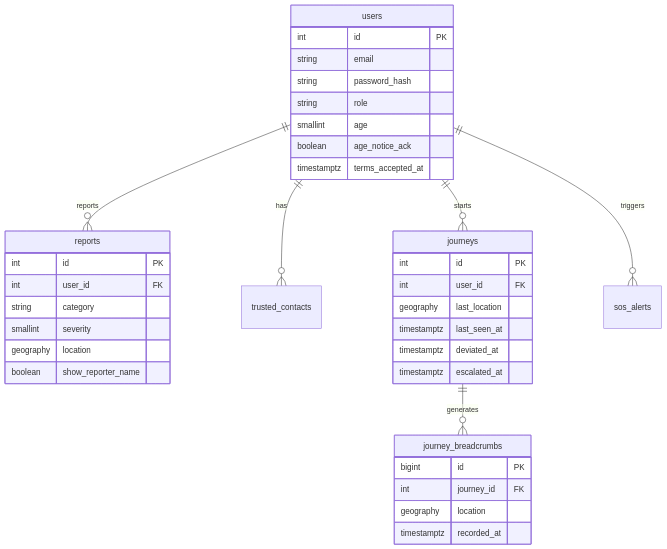
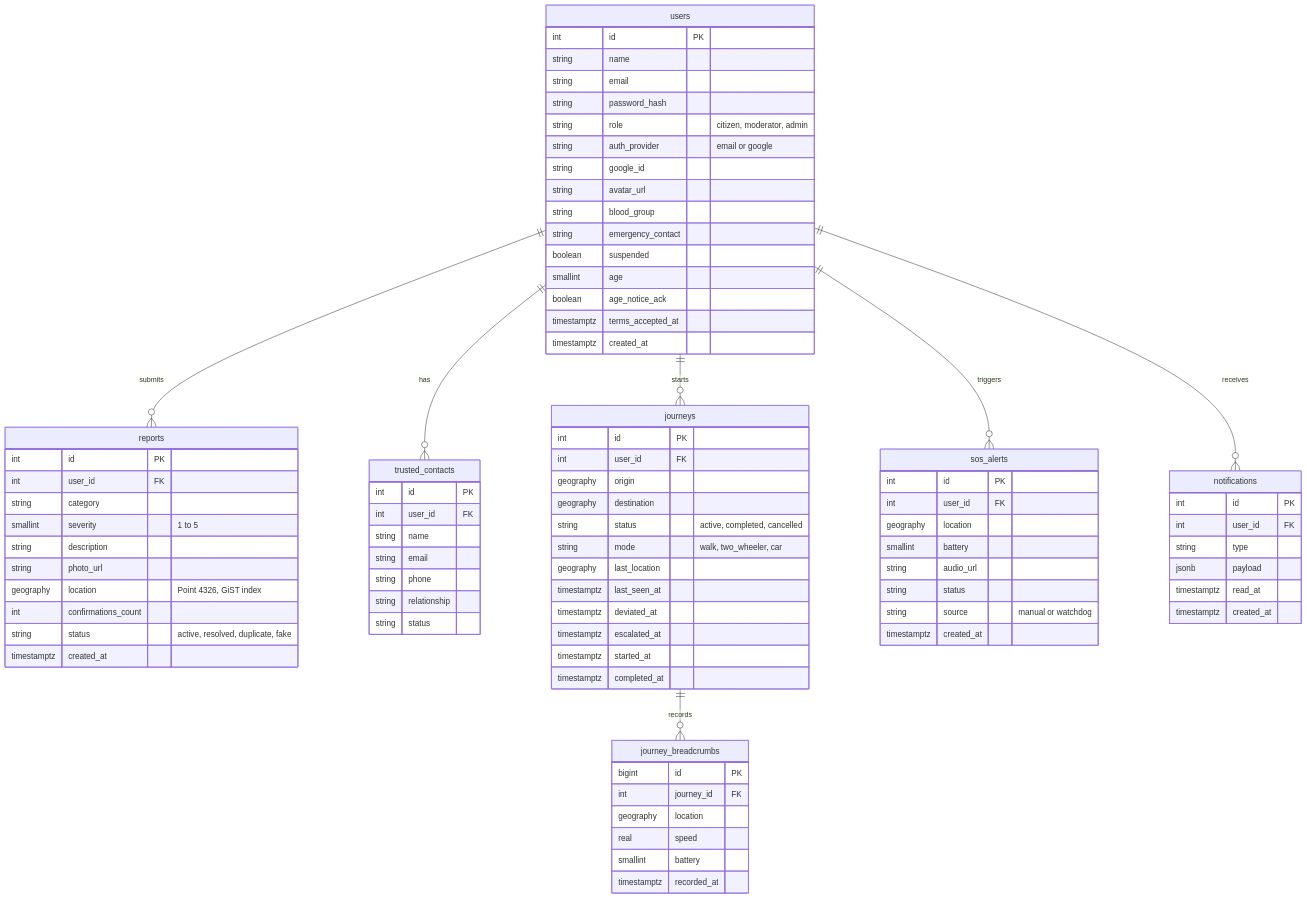
One commit to safora-safety/Safora changed the diagram in docs/v1/database.md. Above: the diagram before and after it, drawn with Mermaid. The commit also changed other lines of this file and 53 other files, not shown here.

````diff
--- a/docs/v1/database.md
+++ b/docs/v1/database.md
@@ -63,39 +26,88 @@
 ```mermaid
 erDiagram
-    users ||--o{ reports : "reports"
+    users ||--o{ reports : "submits"
     users ||--o{ trusted_contacts : "has"
     users ||--o{ journeys : "starts"
     users ||--o{ sos_alerts : "triggers"
-    journeys ||--o{ journey_breadcrumbs : "generates"
+    users ||--o{ notifications : "receives"
+    journeys ||--o{ journey_breadcrumbs : "records"
+
     users {
         int id PK
+        string name
         string email
         string password_hash
-        string role
+        string role "citizen, moderator, admin"
+        string auth_provider "email or google"
+        string google_id
+        string avatar_url
+        string blood_group
+        string emergency_contact
+        boolean suspended
         smallint age
         boolean age_notice_ack
         timestamptz terms_accepted_at
+        timestamptz created_at
     }
     reports {
         int id PK
         int user_id FK
         string category
-        smallint severity
-        geography location
-        boolean show_reporter_name
+        smallint severity "1 to 5"
+        string description
+        string photo_url
+        geography location "Point 4326, GiST index"
+        int confirmations_count
+        string status "active, resolved, duplicate, fake"
+        timestamptz created_at
+    }
+    trusted_contacts {
+        int id PK
+        int user_id FK
+        string name
+        string email
+        string phone
+        string relationship
+        string status
     }
     journeys {
         int id PK
         int user_id FK
+        geography origin
+        geography destination
+        string status "active, completed, cancelled"
+        string mode "walk, two_wheeler, car"
         geography last_location
         timestamptz last_seen_at
         timestamptz deviated_at
         timestamptz escalated_at
+        timestamptz started_at
+        timestamptz completed_at
     }
     journey_breadcrumbs {
         bigint id PK
         int journey_id FK
         geography location
+        real speed
+        smallint battery
         timestamptz recorded_at
     }
+    sos_alerts {
+        int id PK
+        int user_id FK
+        geography location
+        smallint battery
+        string audio_url
+        string status
+        string source "manual or watchdog"
+        timestamptz created_at
+    }
+    notifications {
+        int id PK
+        int user_id FK
+        string type
+        jsonb payload
+        timestamptz read_at
+        timestamptz created_at
+    }
 ```
````
